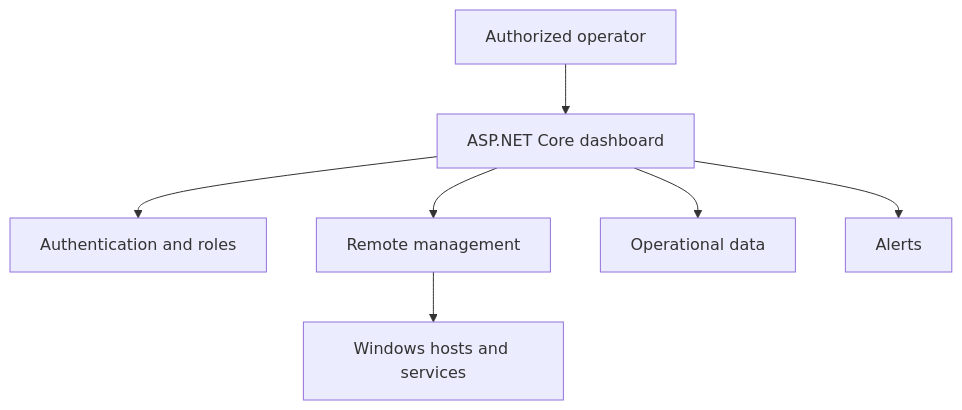
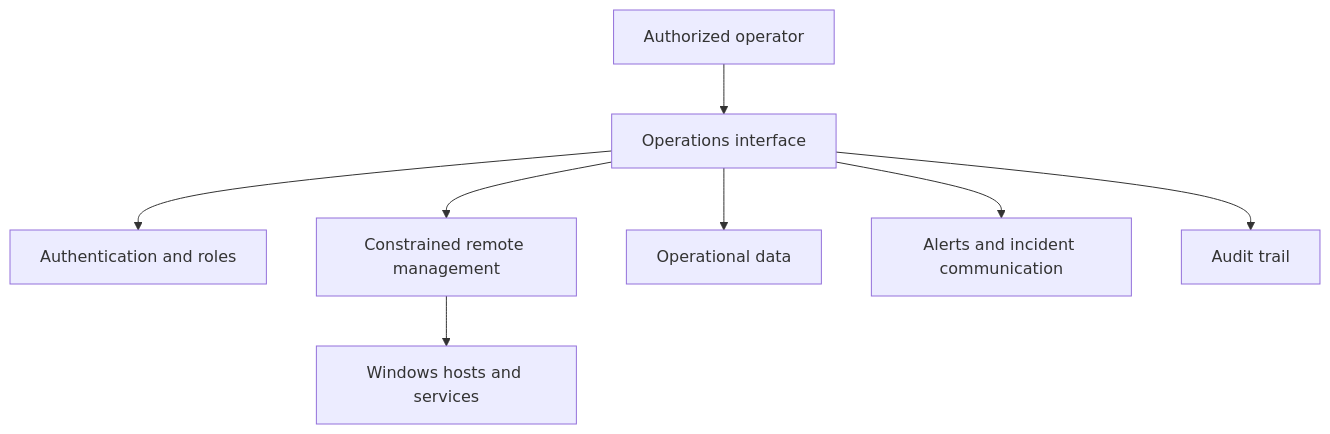
One commit to dschunk/infrastructure-dashboard changed the diagram in README.md. Above: the diagram before and after it, drawn with Mermaid. The commit also changed other lines of this file, not shown here.

Commit message:
Polish Infrastructure Dashboard case study and portfolio links

````diff
--- a/README.md
+++ b/README.md
@@ -24,9 +50,10 @@
-~~~mermaid
+```mermaid
 flowchart TD
-    U[Authorized operator] --> W[ASP.NET Core dashboard]
+    U[Authorized operator] --> W[Operations interface]
     W --> A[Authentication and roles]
-    W --> R[Remote management]
+    W --> R[Constrained remote management]
     W --> D[Operational data]
     R --> H[Windows hosts and services]
-    W --> N[Alerts]
-~~~
+    W --> N[Alerts and incident communication]
+    W --> L[Audit trail]
+```
````
